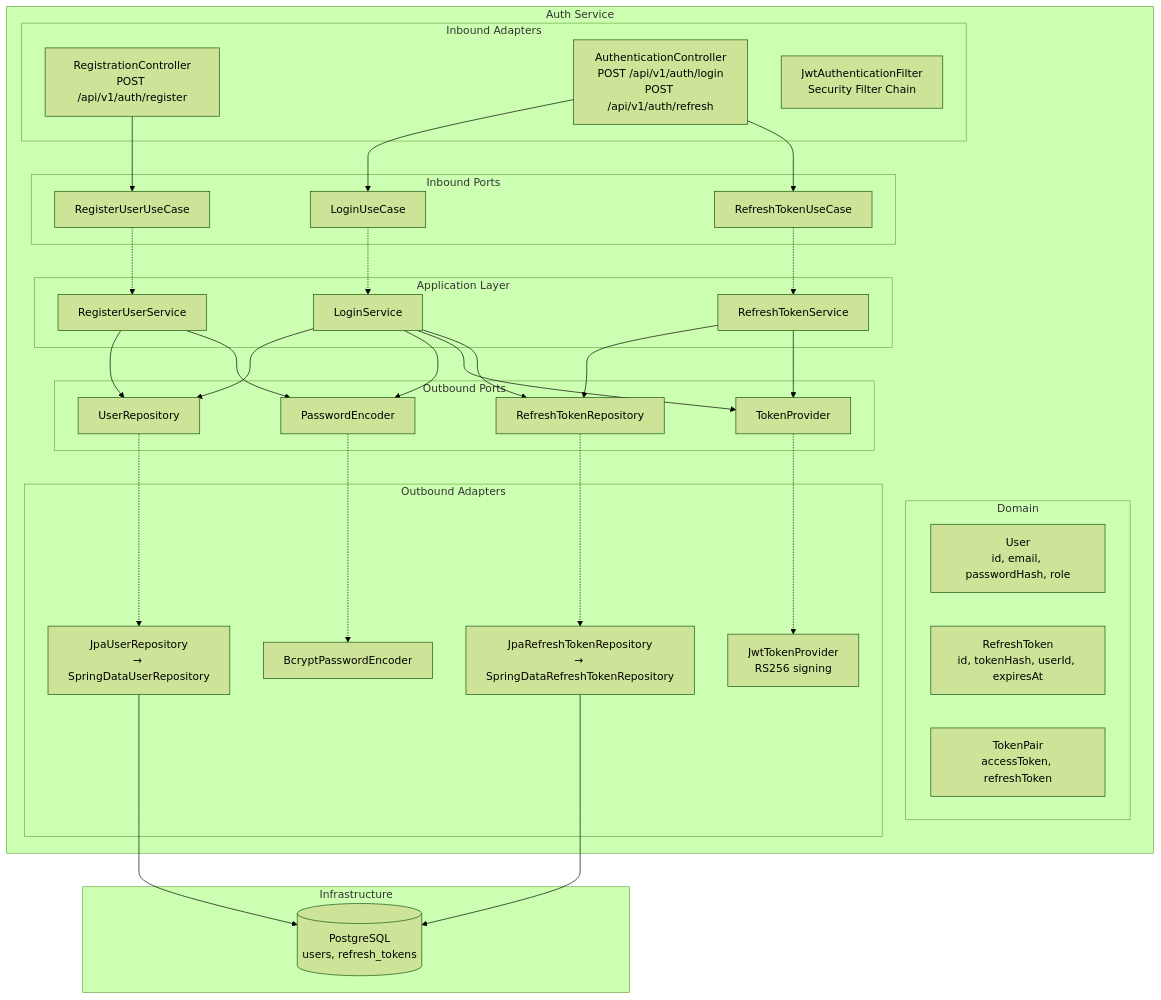
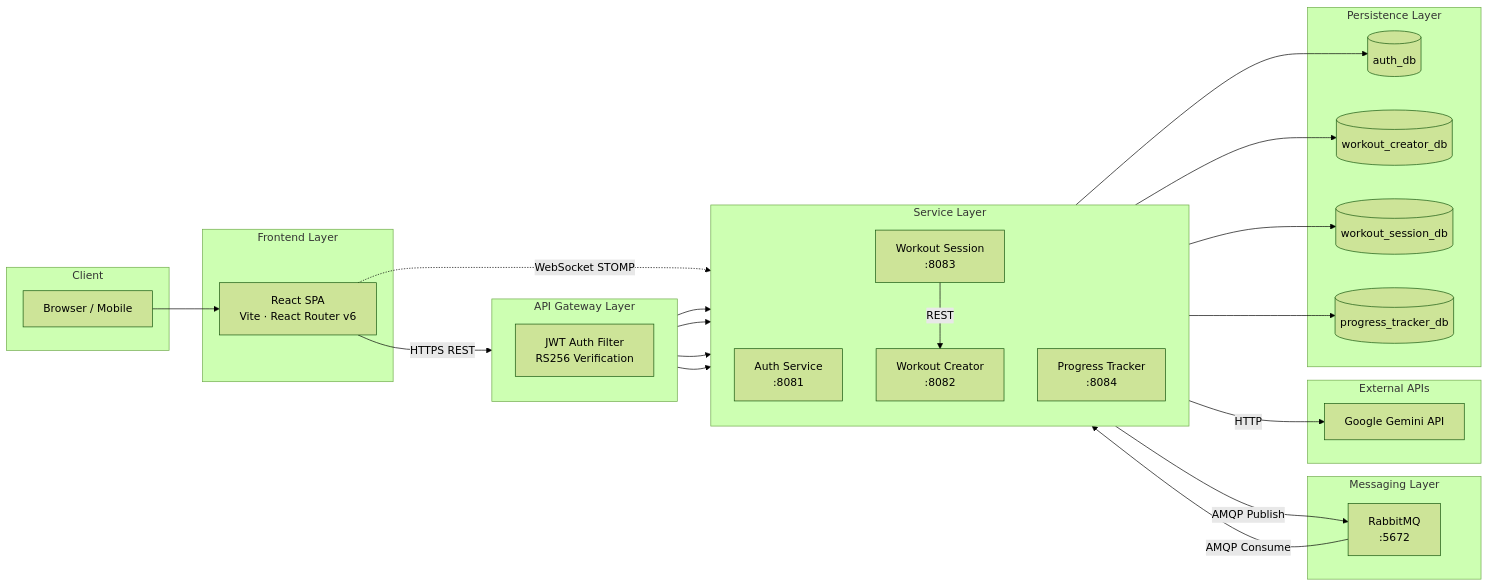
The second of 7 diagrams in docs/architecture-diagrams.md (priyashR/gymTrainer), drawn with Mermaid (forest theme) before and after one commit. The commit also changed other lines of this file, not shown here.

Commit message:
added architecture diagrams

````diff
--- a/docs/architecture-diagrams.md
+++ b/docs/architecture-diagrams.md
@@ -72,65 +68,57 @@
 ```mermaid
-graph TB
-    subgraph "Auth Service"
-        subgraph "Inbound Adapters"
-            RC[RegistrationController<br/>POST /api/v1/auth/register]
-            AC[AuthenticationController<br/>POST /api/v1/auth/login<br/>POST /api/v1/auth/refresh]
-            JF[JwtAuthenticationFilter<br/>Security Filter Chain]
-        end
-
-        subgraph "Inbound Ports"
-            RUU[RegisterUserUseCase]
-            LU[LoginUseCase]
-            RTU[RefreshTokenUseCase]
-        end
-
-        subgraph "Application Layer"
-            RUS[RegisterUserService]
-            LS[LoginService]
-            RTS[RefreshTokenService]
-        end
-
-        subgraph "Domain"
-            USER[User<br/>id, email, passwordHash, role]
-            RT[RefreshToken<br/>id, tokenHash, userId, expiresAt]
-            TP[TokenPair<br/>accessToken, refreshToken]
-        end
-
-        subgraph "Outbound Ports"
-            UR[UserRepository]
-            RTR[RefreshTokenRepository]
-            PE[PasswordEncoder]
-            TPR[TokenProvider]
-        end
-
-        subgraph "Outbound Adapters"
-            JUR[JpaUserRepository<br/>→ SpringDataUserRepository]
-            JRTR[JpaRefreshTokenRepository<br/>→ SpringDataRefreshTokenRepository]
-            BPE[BcryptPasswordEncoder]
-            JWT[JwtTokenProvider<br/>RS256 signing]
-        end
+flowchart LR
+    subgraph "Client"
+        Browser[Browser / Mobile]
     end
 
-    subgraph "Infrastructure"
-        PG[(PostgreSQL<br/>users, refresh_tokens)]
+    subgraph "Frontend Layer"
+        SPA[React SPA<br/>Vite · React Router v6]
     end
 
-    %% Flow
-    RC --> RUU
-    AC --> LU & RTU
-    RUU -.-> RUS
-    LU -.-> LS
-    RTU -.-> RTS
+    subgraph "API Gateway Layer"
+        direction TB
+        JWT_FILTER[JWT Auth Filter<br/>RS256 Verification]
+    end
 
-    RUS --> UR & PE
-    LS --> UR & PE & TPR & RTR
-    RTS --> RTR & TPR
+    subgraph "Service Layer"
+        direction TB
+        AS[Auth Service<br/>:8081]
+        WCS_SVC[Workout Creator<br/>:8082]
+        WSS_SVC[Workout Session<br/>:8083]
+        PTS_SVC[Progress Tracker<br/>:8084]
+    end
 
-    UR -.-> JUR
-    RTR -.-> JRTR
-    PE -.-> BPE
-    TPR -.-> JWT
+    subgraph "Messaging Layer"
+        RMQ[RabbitMQ<br/>:5672]
+    end
 
-    JUR --> PG
-    JRTR --> PG
+    subgraph "External APIs"
+        GEM[Google Gemini API]
+    end
+
+    subgraph "Persistence Layer"
+        PG1[(auth_db)]
+        PG2[(workout_creator_db)]
+        PG3[(workout_session_db)]
+        PG4[(progress_tracker_db)]
+    end
+
+    Browser --> SPA
+    SPA -->|HTTPS REST| JWT_FILTER
+    JWT_FILTER --> AS
+    JWT_FILTER --> WCS_SVC
+    JWT_FILTER --> WSS_SVC
+    JWT_FILTER --> PTS_SVC
+
+    SPA -.->|WebSocket STOMP| WSS_SVC
+
+    AS --> PG1
+    WCS_SVC --> PG2
+    WSS_SVC --> PG3
+    PTS_SVC --> PG4
+
+    WCS_SVC -->|HTTP| GEM
+    WSS_SVC -->|REST| WCS_SVC
+    WSS_SVC -->|AMQP Publish| RMQ
+    RMQ -->|AMQP Consume| PTS_SVC
 ```
````
